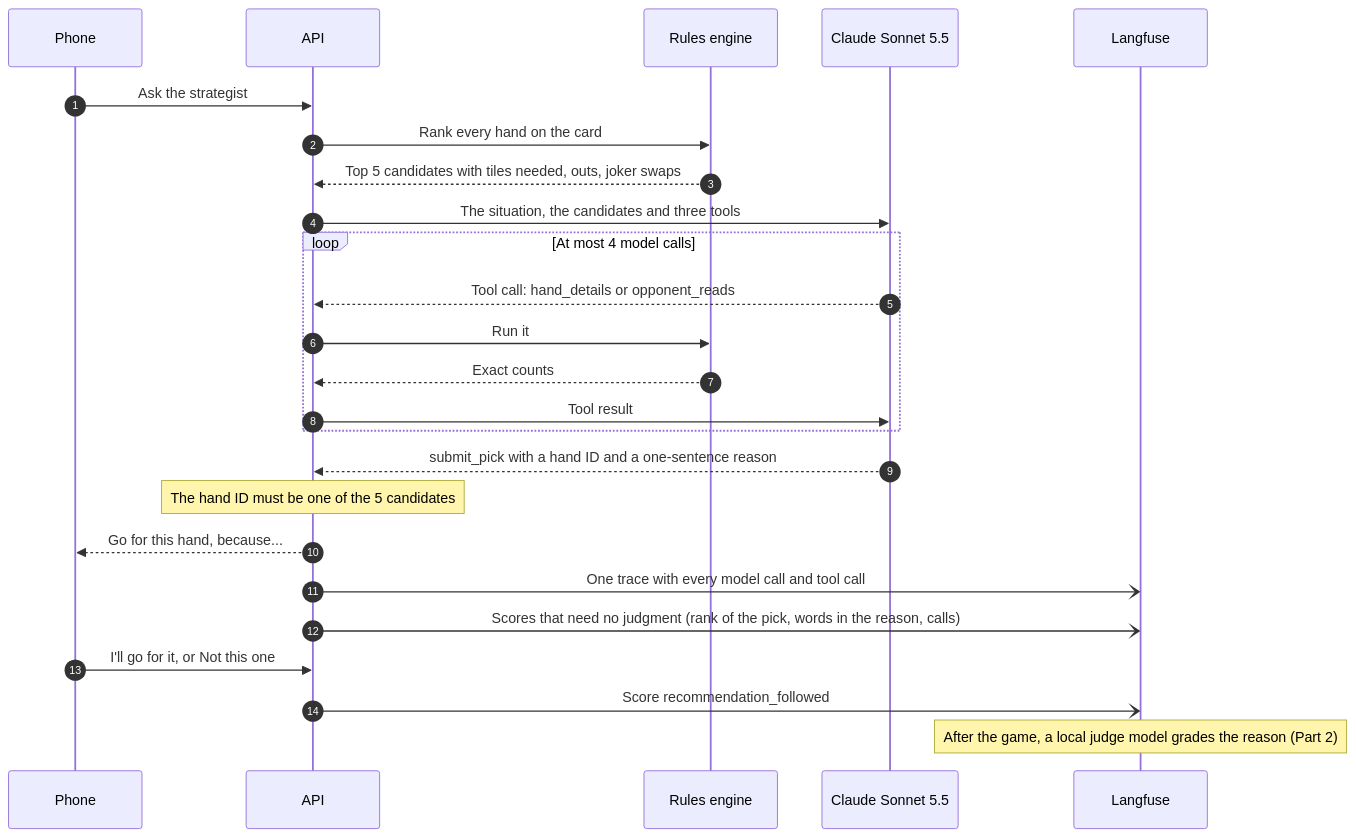
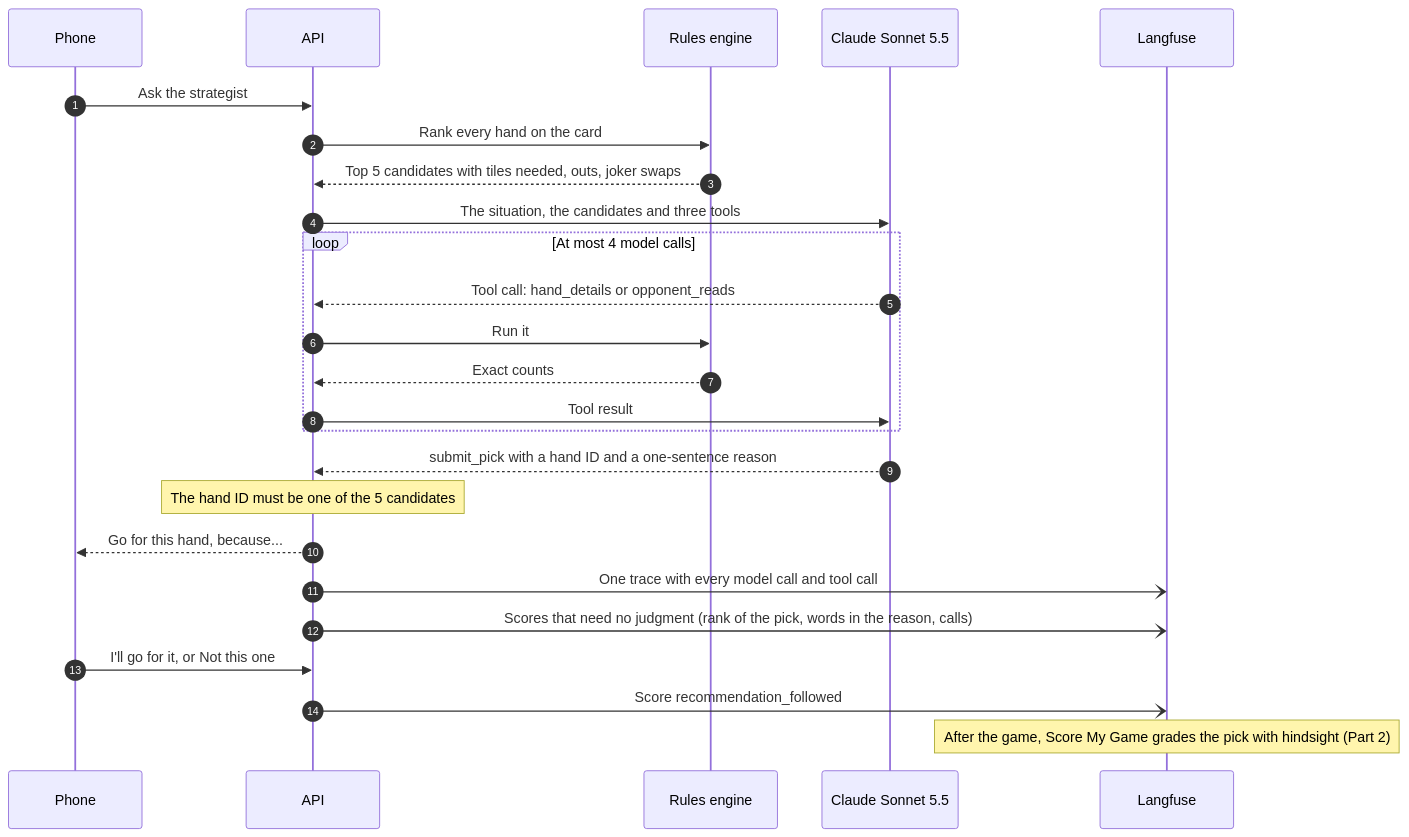
One commit to npransk/NickPranskePublic changed the second of 8 diagrams in Mahjong_Companion/README.md. Above: the diagram before and after it, drawn with Mermaid. The commit also changed other lines of this file and 27 other files, not shown here.

First line of the commit message:
Show Score My Game in place of the local LLM judge

````diff
--- a/Mahjong_Companion/README.md
+++ b/Mahjong_Companion/README.md
@@ -130,28 +130,28 @@
 ```mermaid
 sequenceDiagram
     autonumber
     participant P as Phone
     participant A as API
     participant E as Rules engine
     participant C as Claude Sonnet 5.5
     participant L as Langfuse
 
     P->>A: Ask the strategist
     A->>E: Rank every hand on the card
     E-->>A: Top 5 candidates with tiles needed, outs, joker swaps
     A->>C: The situation, the candidates and three tools
     loop At most 4 model calls
         C-->>A: Tool call: hand_details or opponent_reads
         A->>E: Run it
         E-->>A: Exact counts
         A->>C: Tool result
     end
     C-->>A: submit_pick with a hand ID and a one-sentence reason
     Note over A: The hand ID must be one of the 5 candidates
     A-->>P: Go for this hand, because...
     A-)L: One trace with every model call and tool call
     A-)L: Scores that need no judgment (rank of the pick, words in the reason, calls)
     P->>A: I'll go for it, or Not this one
     A-)L: Score recommendation_followed
-    Note over L: After the game, a local judge model grades the reason (Part 2)
+    Note over L: After the game, Score My Game grades the pick with hindsight (Part 2)
 ```
````
